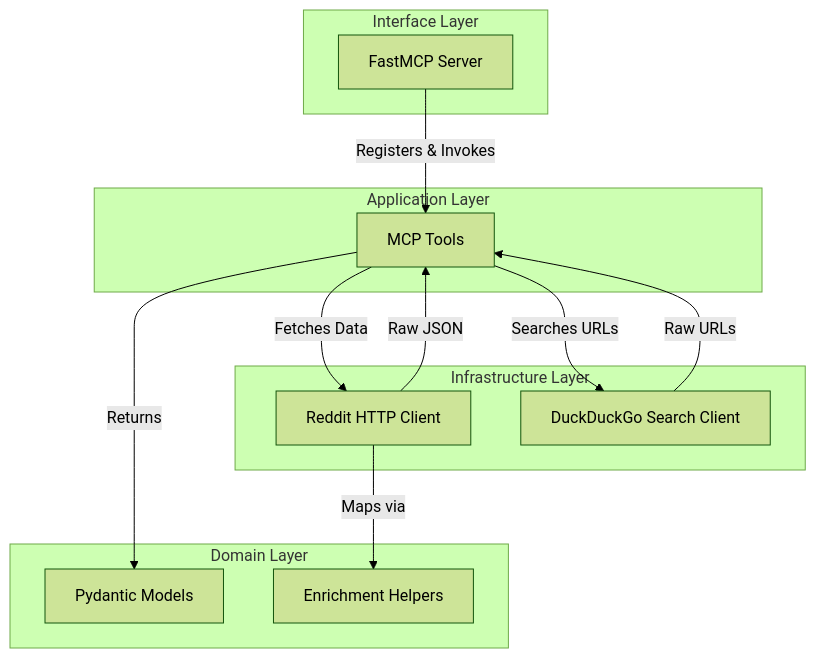
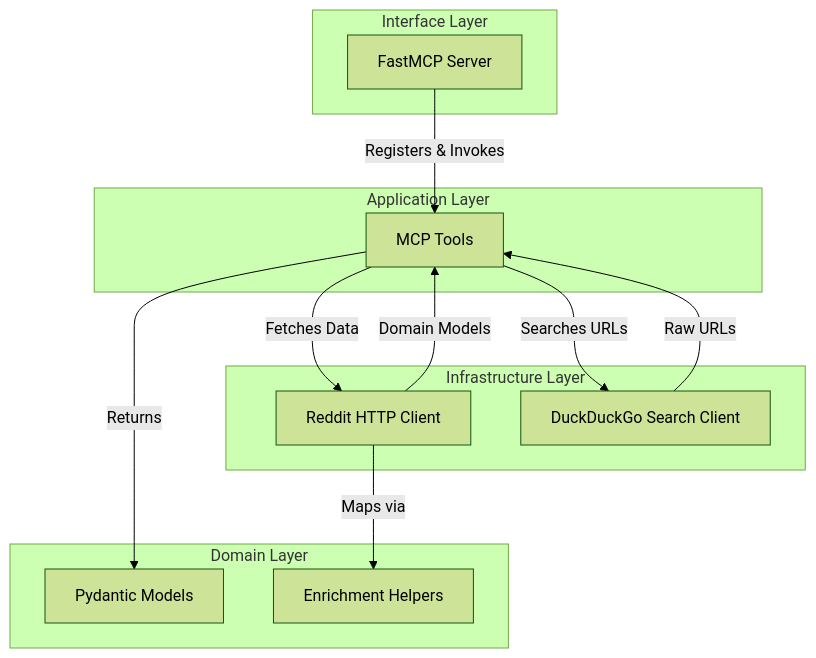
One commit to brianluby/reddit-mcp-server changed the diagram in docs/architecture.md. Above: the diagram before and after it, drawn with Mermaid (forest theme). The commit also changed other lines of this file and 2 other files, not shown here.

Commit message:
fix(app): exception-safe container lifecycle and consistent data-flow docs
Review findings on PR #24 (round 2):
- _init_dependencies now closes the locally constructed HTTP client when
  a later constructor fails (scheduled on the running loop, asyncio.run
  fallback outside one) — no more leaked httpx transport on failed init
- aclose() resets the container in a finally block even if close() raises
- lazy-init test cleans up via aclose() while the container owns clients;
  failure-path test verifies the partial HTTP client is actually closed
- architecture diagram/prose now describe one data contract:
  RedditClient maps raw JSON via domain enrichment and returns Domain
  Models to tools

````diff
--- a/docs/architecture.md
+++ b/docs/architecture.md
@@ -14,28 +14,28 @@
 ```mermaid
 graph TD
     subgraph Interface Layer
         MCP[FastMCP Server]
     end
 
     subgraph Application Layer
         Tools[MCP Tools]
     end
 
     subgraph Infrastructure Layer
         RedditClient[Reddit HTTP Client]
         DDGClient[DuckDuckGo Search Client]
     end
 
     subgraph Domain Layer
         Models[Pydantic Models]
         Enrichment[Enrichment Helpers]
     end
 
     MCP -->|Registers & Invokes| Tools
     Tools -->|Fetches Data| RedditClient
     Tools -->|Searches URLs| DDGClient
     Tools -->|Returns| Models
-    RedditClient -->|Raw JSON| Tools
+    RedditClient -->|Domain Models| Tools
     RedditClient -->|Maps via| Enrichment
     DDGClient -->|Raw URLs| Tools
 ```
````
